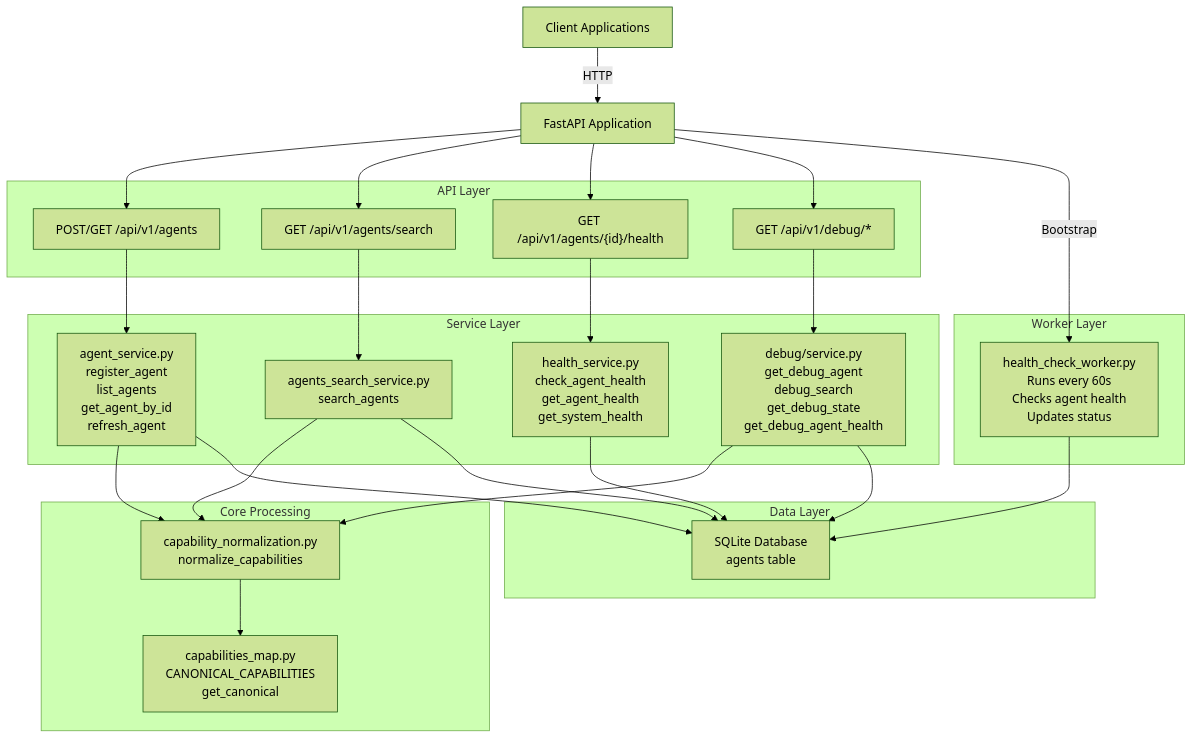
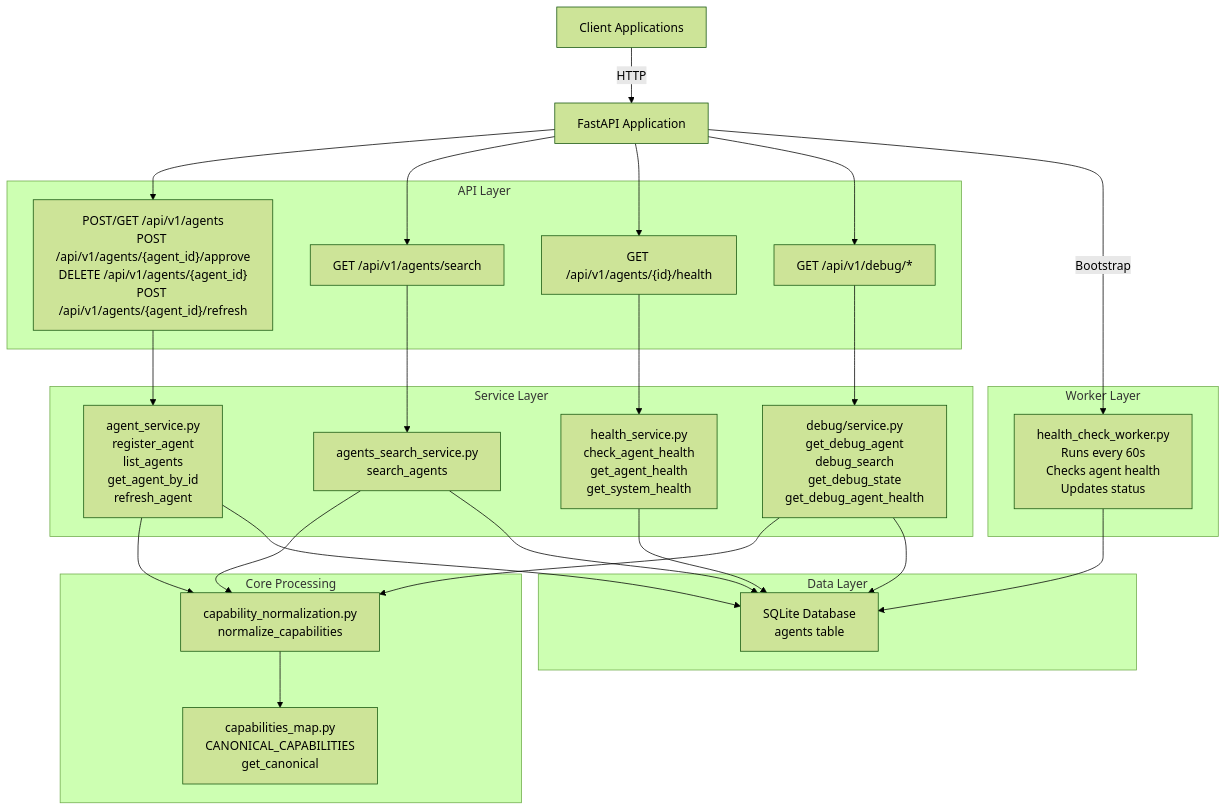
The first of 2 diagrams in Backend/docs/architecture.md (cartman-156/AgentMesh), drawn with Mermaid (forest theme) before and after one commit. The commit also changed other lines of this file and 3 other files, not shown here.

````diff
--- a/Backend/docs/architecture.md
+++ b/Backend/docs/architecture.md
@@ -9,57 +9,57 @@
 ```mermaid
 graph TB
     Client["Client Applications"]
     FastAPI["FastAPI Application"]
     
     subgraph "API Layer"
-        AgentsRoute["POST/GET /api/v1/agents"]
+        AgentsRoute["POST/GET /api/v1/agents<br/>POST /api/v1/agents/{agent_id}/approve<br/>DELETE /api/v1/agents/{agent_id}<br/>POST /api/v1/agents/{agent_id}/refresh"]
         SearchRoute["GET /api/v1/agents/search"]
         HealthRoute["GET /api/v1/agents/{id}/health"]
         DebugRoute["GET /api/v1/debug/*"]
     end
     
     subgraph "Service Layer"
         AgentService["agent_service.py<br/>register_agent<br/>list_agents<br/>get_agent_by_id<br/>refresh_agent"]
         SearchService["agents_search_service.py<br/>search_agents"]
         HealthService["health_service.py<br/>check_agent_health<br/>get_agent_health<br/>get_system_health"]
         DebugService["debug/service.py<br/>get_debug_agent<br/>debug_search<br/>get_debug_state<br/>get_debug_agent_health"]
     end
     
     subgraph "Core Processing"
         NormService["capability_normalization.py<br/>normalize_capabilities"]
         CapMap["capabilities_map.py<br/>CANONICAL_CAPABILITIES<br/>get_canonical"]
     end
     
     subgraph "Data Layer"
         Database["SQLite Database<br/>agents table"]
     end
     
     subgraph "Worker Layer"
         HealthWorker["health_check_worker.py<br/>Runs every 60s<br/>Checks agent health<br/>Updates status"]
     end
     
     Client -->|HTTP| FastAPI
     FastAPI --> AgentsRoute
     FastAPI --> SearchRoute
     FastAPI --> HealthRoute
     FastAPI --> DebugRoute
     
     AgentsRoute --> AgentService
     SearchRoute --> SearchService
     HealthRoute --> HealthService
     DebugRoute --> DebugService
     
     AgentService --> NormService
     SearchService --> NormService
     DebugService --> NormService
     
     NormService --> CapMap
     
     AgentService --> Database
     SearchService --> Database
     HealthService --> Database
     DebugService --> Database
     HealthWorker --> Database
     
     FastAPI -->|Bootstrap| HealthWorker
 ```
````
